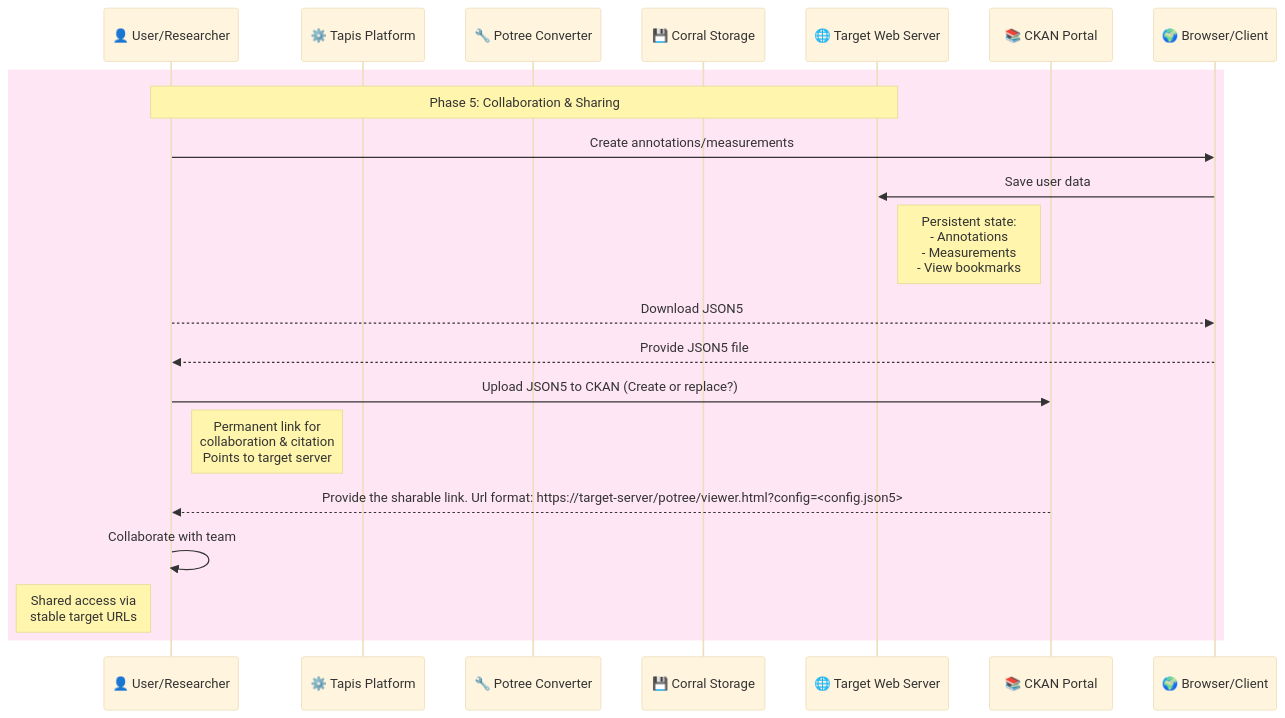
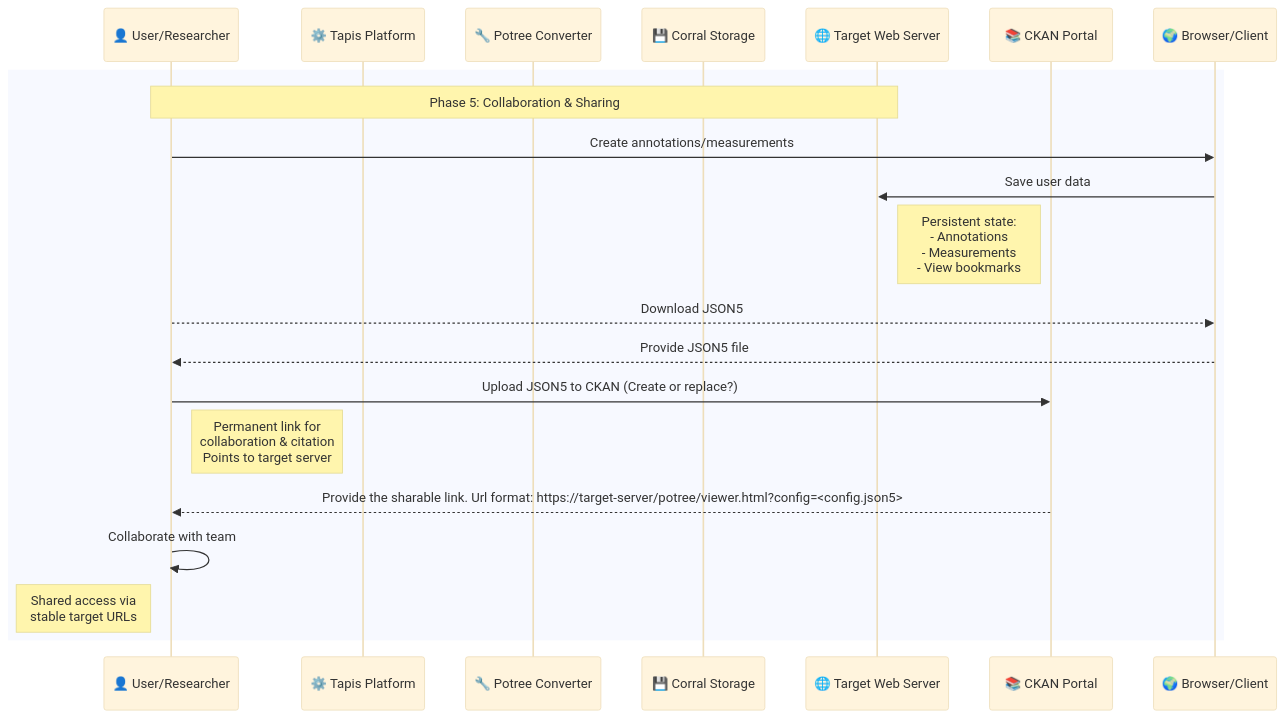
The fifth of 5 diagrams in README-pipeline.md (In-For-Disaster-Analytics/potree), drawn with Mermaid (base theme) before and after one commit. The commit also changed other lines of this file, not shown here.

````diff
--- a/README-pipeline.md
+++ b/README-pipeline.md
@@ -334,25 +334,25 @@
 ```mermaid
 sequenceDiagram
     participant User as 👤 User/Researcher
     participant Tapis as ⚙️ Tapis Platform
     participant Potree as 🔧 Potree Converter
     participant Corral as 💾 Corral Storage
     participant Target as 🌐 Target Web Server
     participant CKAN as 📚 CKAN Portal
     participant Browser as 🌍 Browser/Client
 
     %% Collaboration & Sharing
-    rect rgb(255, 230, 245)
+    rect
         Note over User,Target: Phase 5: Collaboration & Sharing
         User->>Browser: Create annotations/measurements
         Browser->>Target: Save user data
         Note right of Target: Persistent state:<br/>- Annotations<br/>- Measurements<br/>- View bookmarks
         User-->>Browser: Download JSON5
         Browser-->>User: Provide JSON5 file
         User->>CKAN: Upload JSON5 to CKAN (Create or replace?)
         Note right of User: Permanent link for<br/>collaboration & citation<br/>Points to target server
         CKAN-->>User: Provide the sharable link. Url format: https://target-server/potree/viewer.html?config=<config.json5>
         User->>User: Collaborate with team
         Note left of User: Shared access via<br/>stable target URLs
     end
 ```
````
